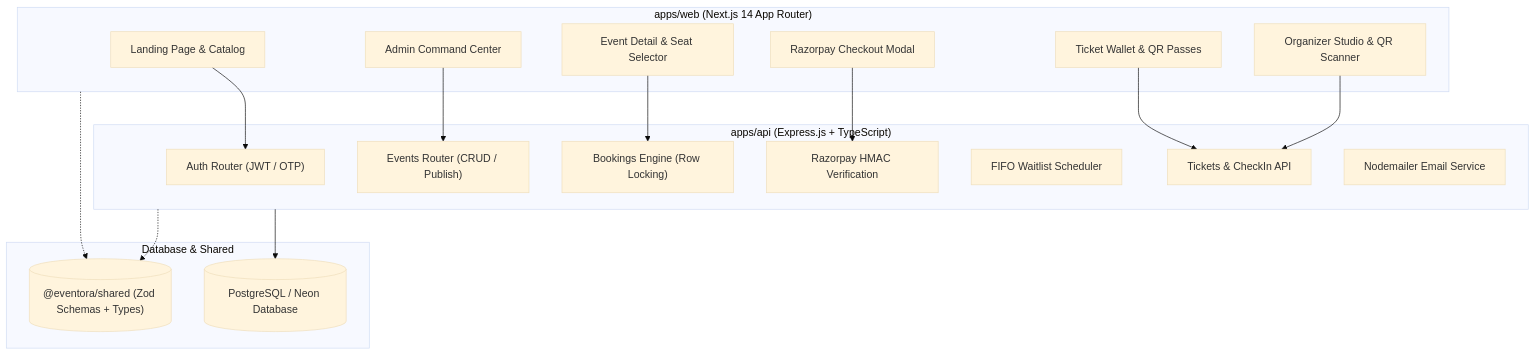
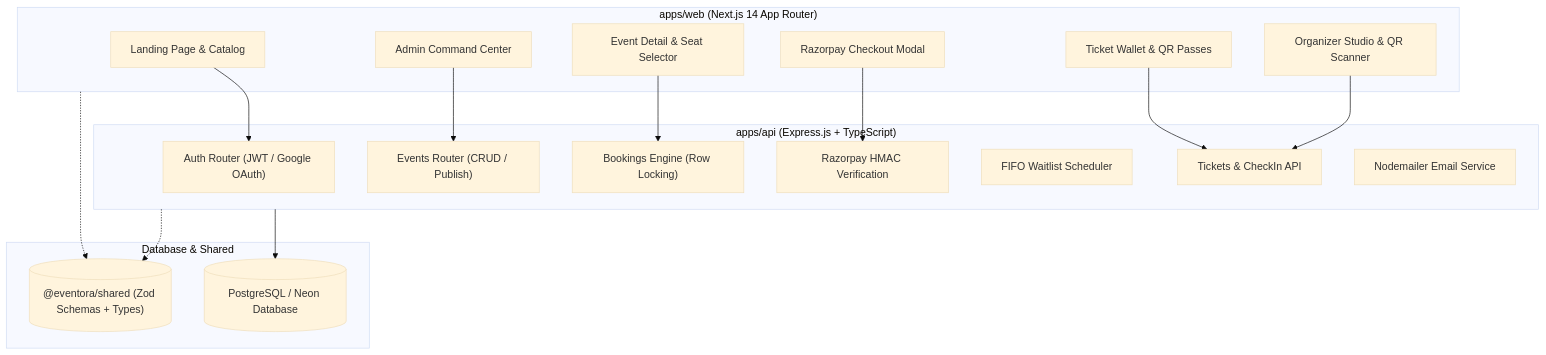
Before and after one commit to apticasni/Eventora: the diagram in README.md, drawn with Mermaid (base theme). The commit also changed other lines of this file and 90 other files, not shown here.

````diff
--- a/README.md
+++ b/README.md
@@ -9,36 +9,36 @@
 ```mermaid
 flowchart TD
     subgraph Frontend ["apps/web (Next.js 14 App Router)"]
         A["Landing Page & Catalog"]
         B["Event Detail & Seat Selector"]
         C["Razorpay Checkout Modal"]
         D["Ticket Wallet & QR Passes"]
         E["Organizer Studio & QR Scanner"]
         F["Admin Command Center"]
     end
 
     subgraph Backend ["apps/api (Express.js + TypeScript)"]
-        G["Auth Router (JWT / OTP)"]
+        G["Auth Router (JWT / Google OAuth)"]
         H["Events Router (CRUD / Publish)"]
         I["Bookings Engine (Row Locking)"]
         J["Razorpay HMAC Verification"]
         K["FIFO Waitlist Scheduler"]
         L["Tickets & CheckIn API"]
         M["Nodemailer Email Service"]
     end
 
     subgraph Data ["Database & Shared"]
         N[("@eventora/shared (Zod Schemas + Types)")]
         O[("PostgreSQL / Neon Database")]
     end
 
     A --> G
     B --> I
     C --> J
     D --> L
     E --> L
     F --> H
     Backend --> O
     Frontend -.-> N
     Backend -.-> N
 ```
````
